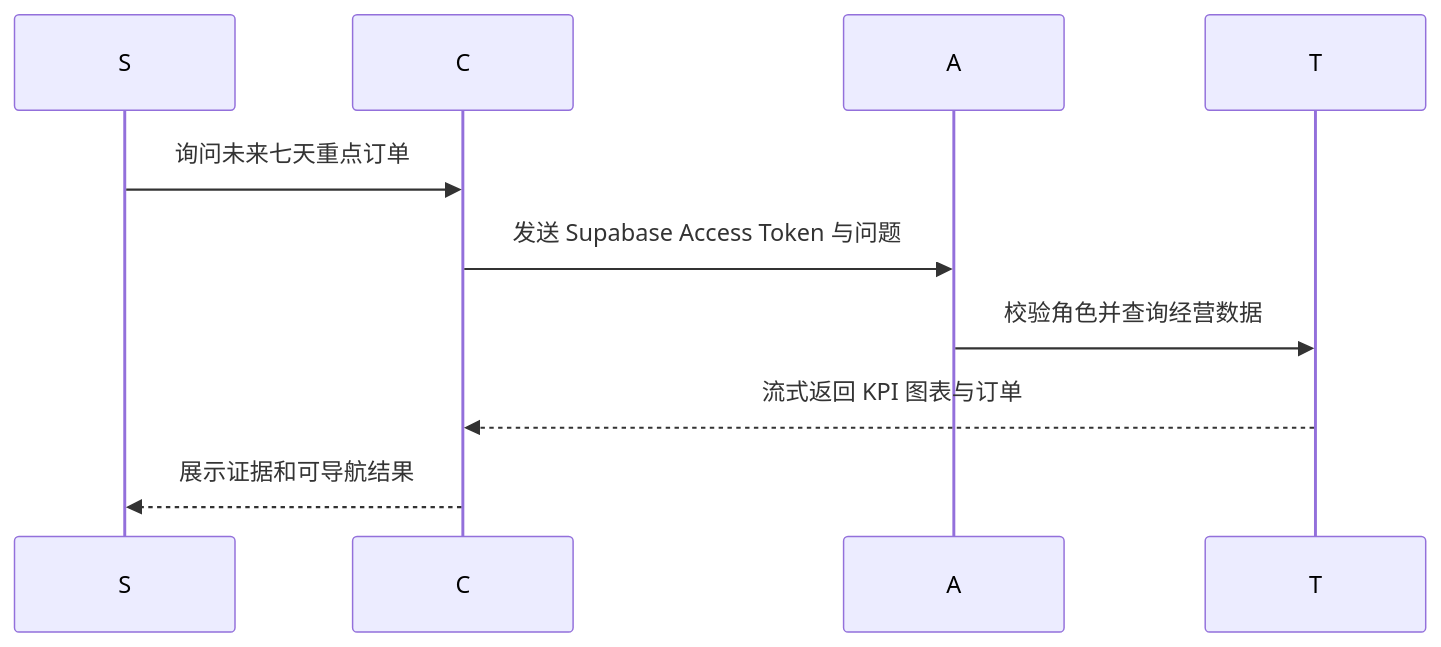
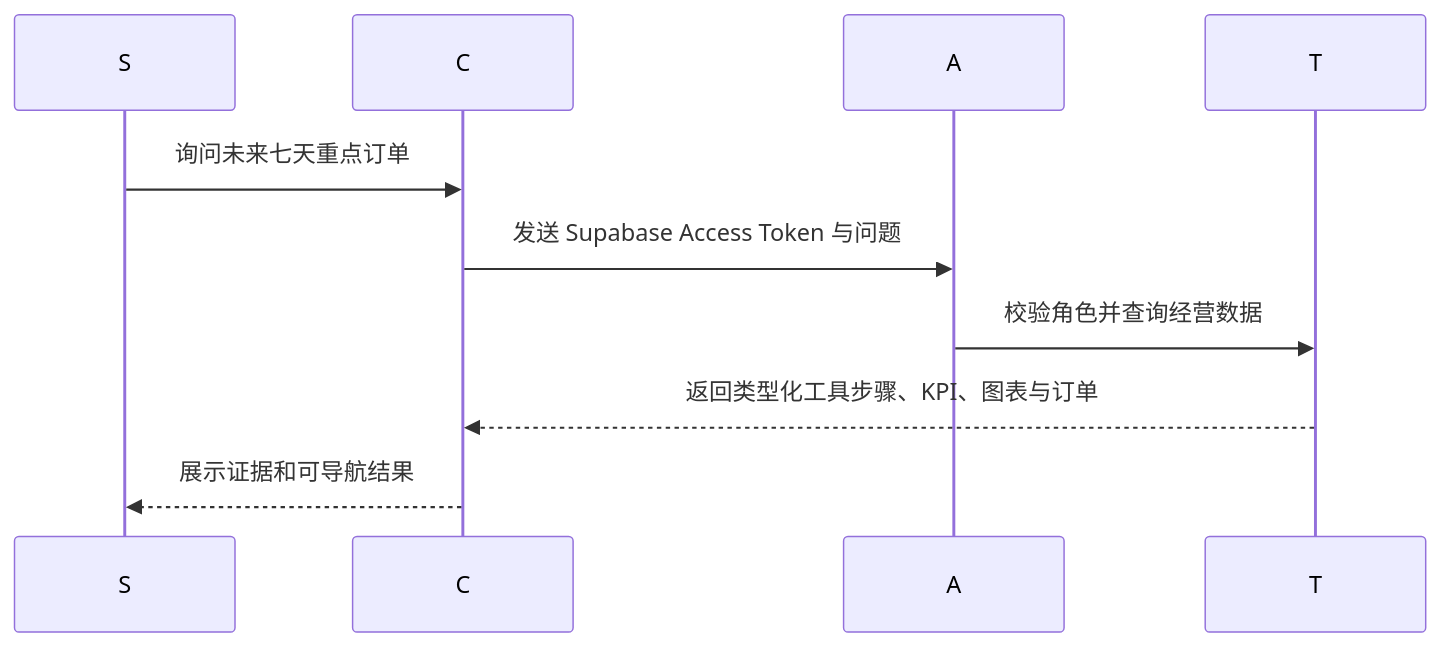
One commit to notjustkoala/the-wild-oasis-ai changed the sixth of 9 diagrams in docs/design/2026-08-03-ai-hospitality-platform/TECHNICAL_SPEC.md. Above: the diagram before and after it, drawn with Mermaid. The commit also changed other lines of this file and 1 other file, not shown here.

````diff
--- a/docs/design/2026-08-03-ai-hospitality-platform/TECHNICAL_SPEC.md
+++ b/docs/design/2026-08-03-ai-hospitality-platform/TECHNICAL_SPEC.md
@@ -155,8 +162,8 @@
 ```mermaid
 sequenceDiagram
     S->>C: 询问未来七天重点订单
     C->>A: 发送 Supabase Access Token 与问题
     A->>T: 校验角色并查询经营数据
-    T-->>C: 流式返回 KPI 图表与订单
+    T-->>C: 返回类型化工具步骤、KPI、图表与订单
     C-->>S: 展示证据和可导航结果
 ```
````
